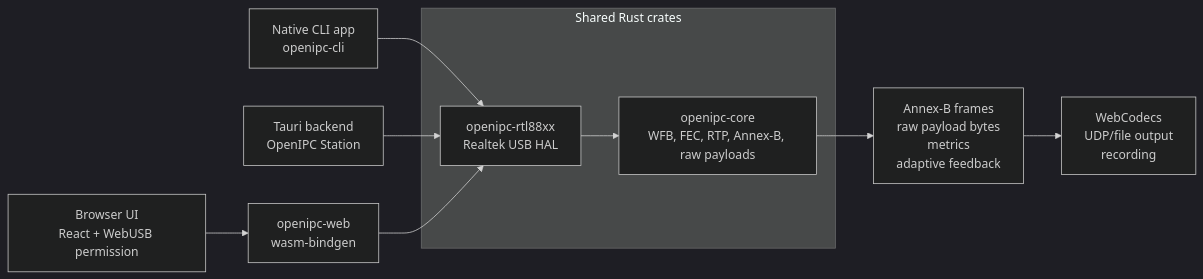
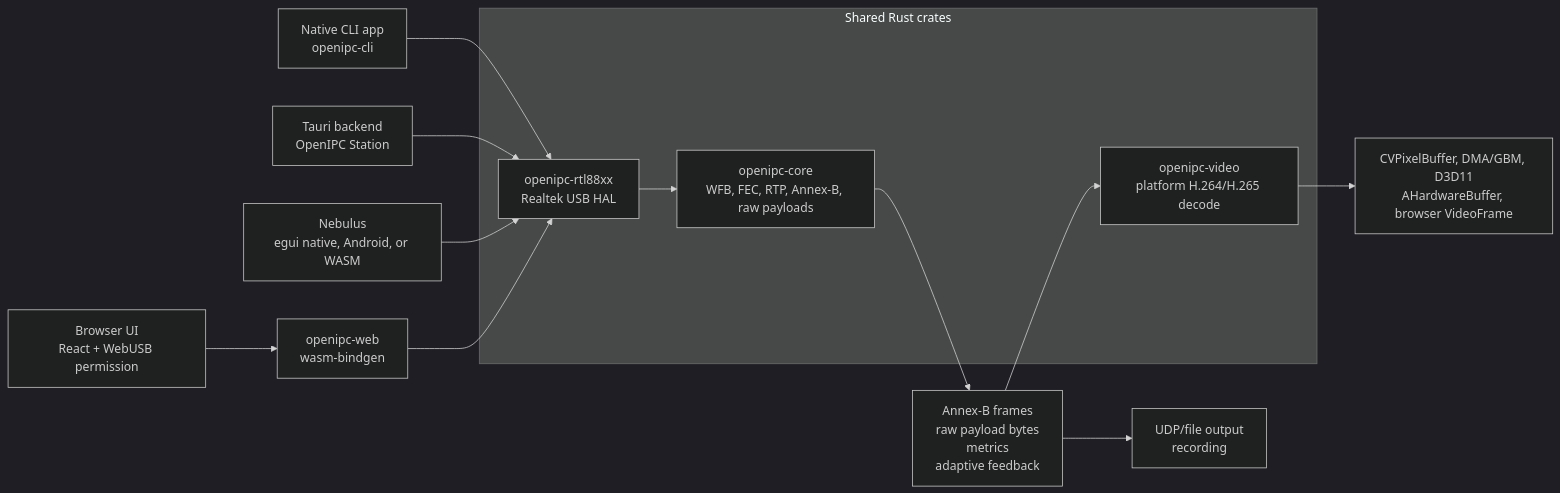
The first of 3 diagrams in docs/docs/architecture.md (neelsani/openipc-rs), drawn with Mermaid (dark theme) before and after one commit. The commit also changed other lines of this file and 117 other files, not shown here.

Commit message:
feat: add Nebulus ground station and native video backends

````diff
--- a/docs/docs/architecture.md
+++ b/docs/docs/architecture.md
@@ -11,15 +11,19 @@
 ```mermaid
 flowchart LR
     subgraph Shared["Shared Rust crates"]
         Core["openipc-core<br/>WFB, FEC, RTP, Annex-B, raw payloads"]
         Rtl["openipc-rtl88xx<br/>Realtek USB HAL"]
+        Video["openipc-video<br/>platform H.264/H.265 decode"]
     end
 
     Native["Native CLI app<br/>openipc-cli"] --> Rtl
     Desktop["Tauri backend<br/>OpenIPC Station"] --> Rtl
+    Nebulus["Nebulus<br/>egui native, Android, or WASM"] --> Rtl
     Browser["Browser UI<br/>React + WebUSB permission"] --> Wasm["openipc-web<br/>wasm-bindgen"]
     Wasm --> Rtl
     Rtl --> Core
     Core --> Output["Annex-B frames<br/>raw payload bytes<br/>metrics<br/>adaptive feedback"]
-    Output --> Players["WebCodecs<br/>UDP/file output<br/>recording"]
+    Output --> Video
+    Output --> Players["UDP/file output<br/>recording"]
+    Video --> NativeSurface["CVPixelBuffer, DMA/GBM, D3D11<br/>AHardwareBuffer, browser VideoFrame"]
 ```
````
